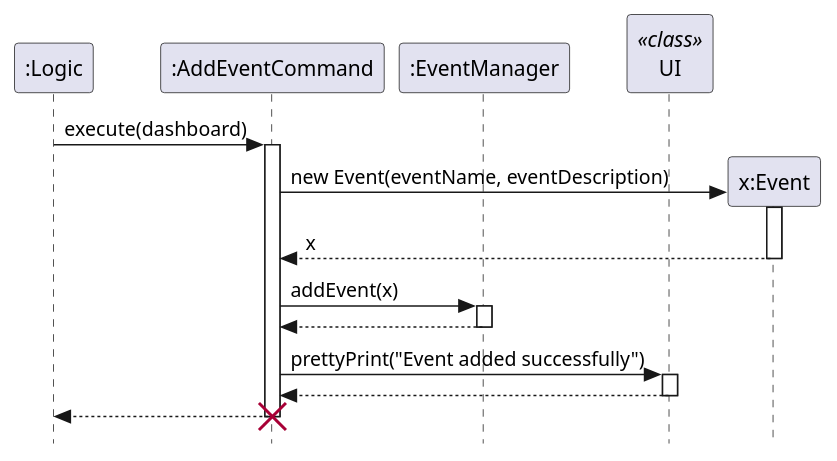
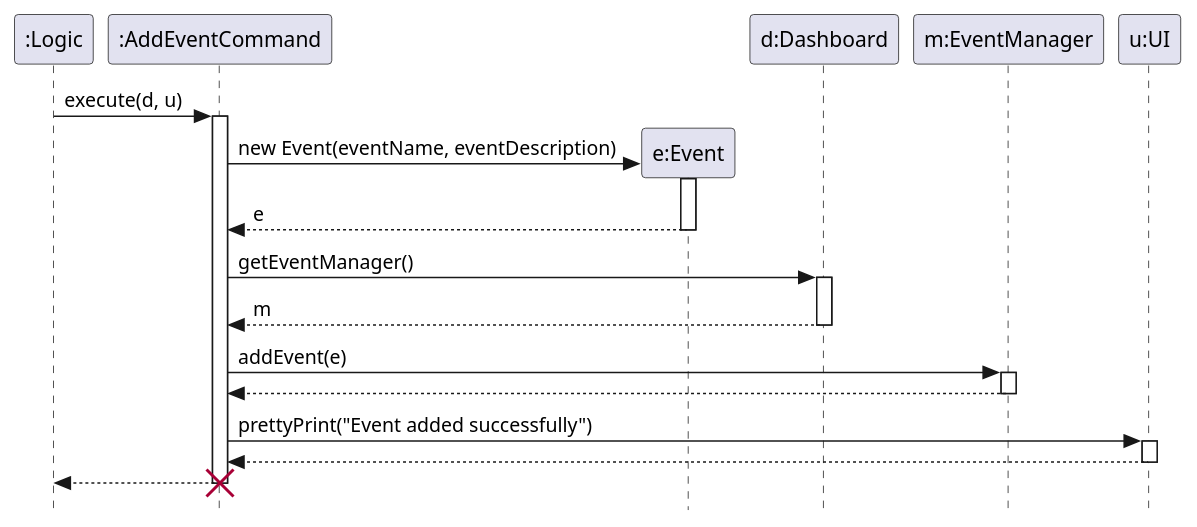
The diagram in docs/team/UML_Files/executeAddEventCommand.puml (JianJiaT/tp), drawn with PlantUML before and after one commit. The commit also changed 3 other files, not shown here.

Commit message:
Fix diagram bugs

```diff
--- a/docs/team/UML_Files/executeAddEventCommand.puml
+++ b/docs/team/UML_Files/executeAddEventCommand.puml
@@ -1,31 +1,40 @@
 @startuml
 skinparam Style strictuml
 
 participant ":Logic" AS Logic
-participant ":AddEventCommand" AS AddEventCommand 
-participant ":EventManager" AS EventManager
-participant UI <<class>>
+participant ":AddEventCommand" AS AddEventCommand
 
-Logic -> AddEventCommand : execute(dashboard)
+Logic -> AddEventCommand : execute(d, u)
 activate AddEventCommand
-create "x:Event" as Event 
+
+create "e:Event" as Event
 AddEventCommand -> Event: new Event(eventName, eventDescription)
 activate Event
-Event --> AddEventCommand : x
+Event --> AddEventCommand : e
 deactivate Event
 
-AddEventCommand -> EventManager : addEvent(x)
+participant "d:Dashboard" AS Dashboard
+participant "m:EventManager" AS EventManager
+
+AddEventCommand -> Dashboard : getEventManager()
+activate Dashboard
+Dashboard --> AddEventCommand : m
+deactivate Dashboard
+
+AddEventCommand -> EventManager : addEvent(e)
 activate EventManager
 EventManager --> AddEventCommand
 deactivate EventManager
+
+participant "u:UI" AS UI
 
 AddEventCommand -> UI : prettyPrint("Event added successfully")
 activate UI
 UI --> AddEventCommand
 deactivate UI
 
 AddEventCommand --> Logic 
 deactivate AddEventCommand
 
 destroy AddEventCommand
 @enduml
```
